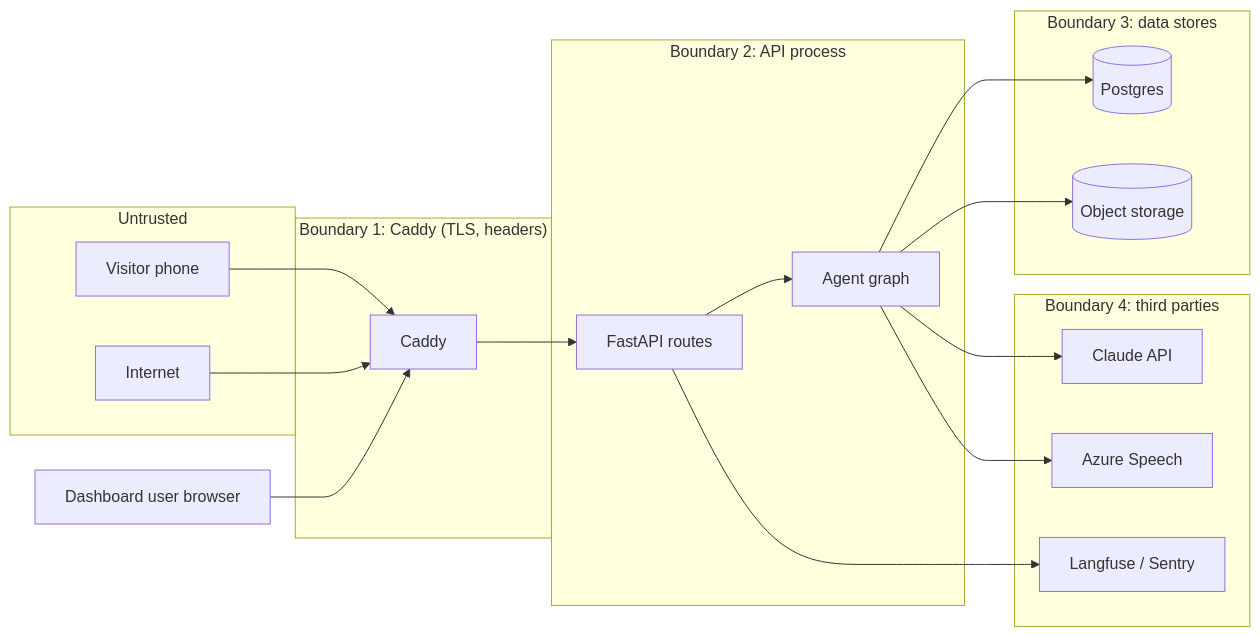
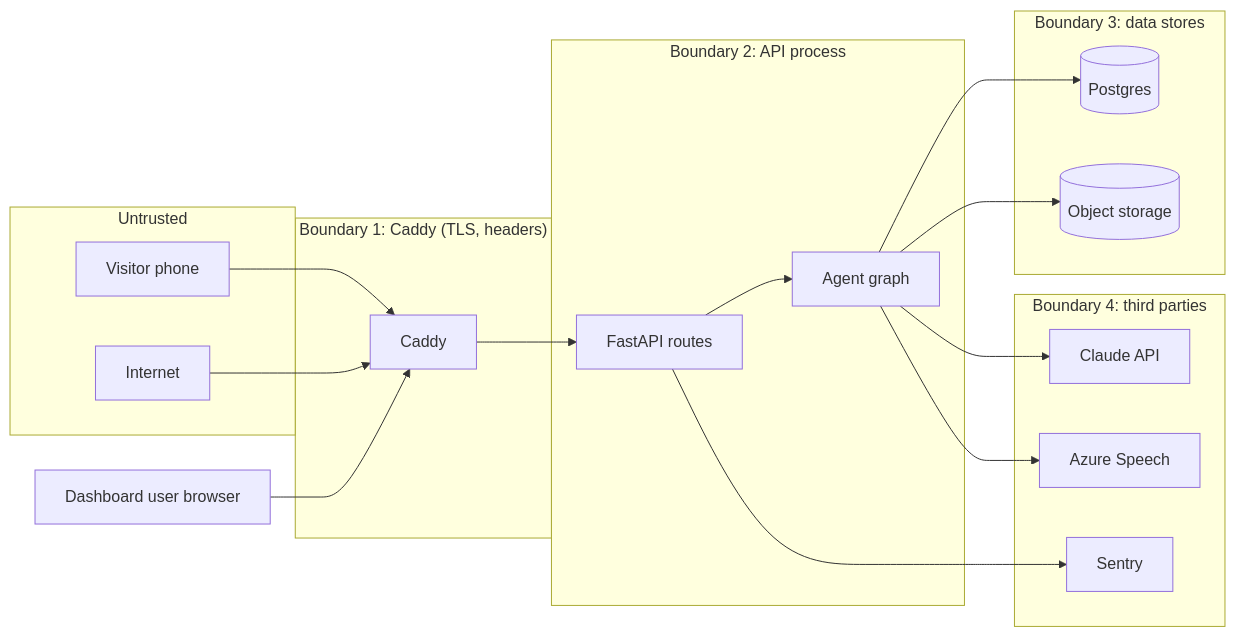
One commit to Muath477/Athar changed the diagram in docs/06-security/threat-model.md. Above: the diagram before and after it, drawn with Mermaid. The commit also changed other lines of this file and 11 other files, not shown here.

````diff
--- a/docs/06-security/threat-model.md
+++ b/docs/06-security/threat-model.md
@@ -19,34 +19,34 @@
 ```mermaid
 flowchart LR
   subgraph untrusted["Untrusted"]
     phone["Visitor phone"]
     web["Internet"]
   end
   subgraph edge["Boundary 1: Caddy (TLS, headers)"]
     caddy["Caddy"]
   end
   subgraph app["Boundary 2: API process"]
     api["FastAPI routes"]
     agents["Agent graph"]
   end
   subgraph data["Boundary 3: data stores"]
     db[("Postgres")]
     s3[("Object storage")]
   end
   subgraph thirdparty["Boundary 4: third parties"]
     llm["Claude API"]
     tts["Azure Speech"]
-    obs["Langfuse / Sentry"]
+    obs["Sentry"]
   end
   dash["Dashboard user browser"]
   phone --> caddy
   web --> caddy
   dash --> caddy
   caddy --> api
   api --> agents
   agents --> db
   agents --> s3
   agents --> llm
   agents --> tts
   api --> obs
 ```
````
